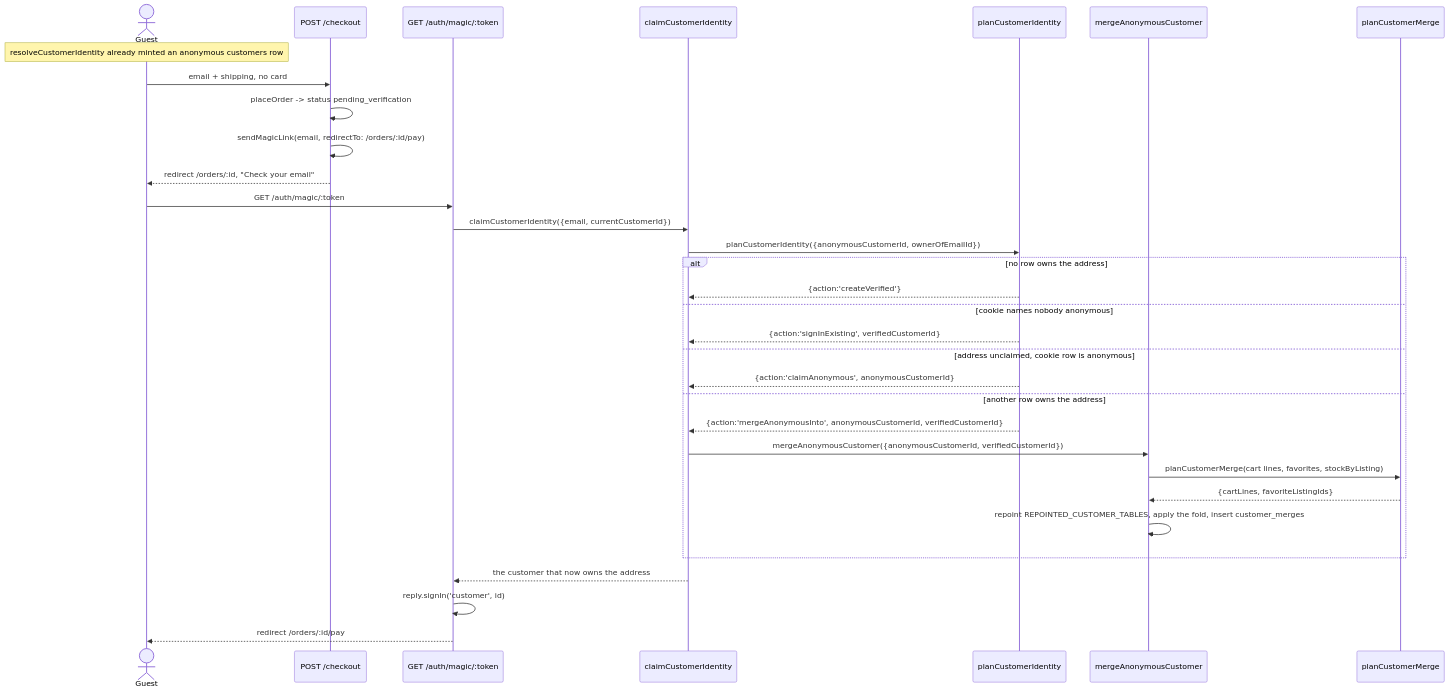
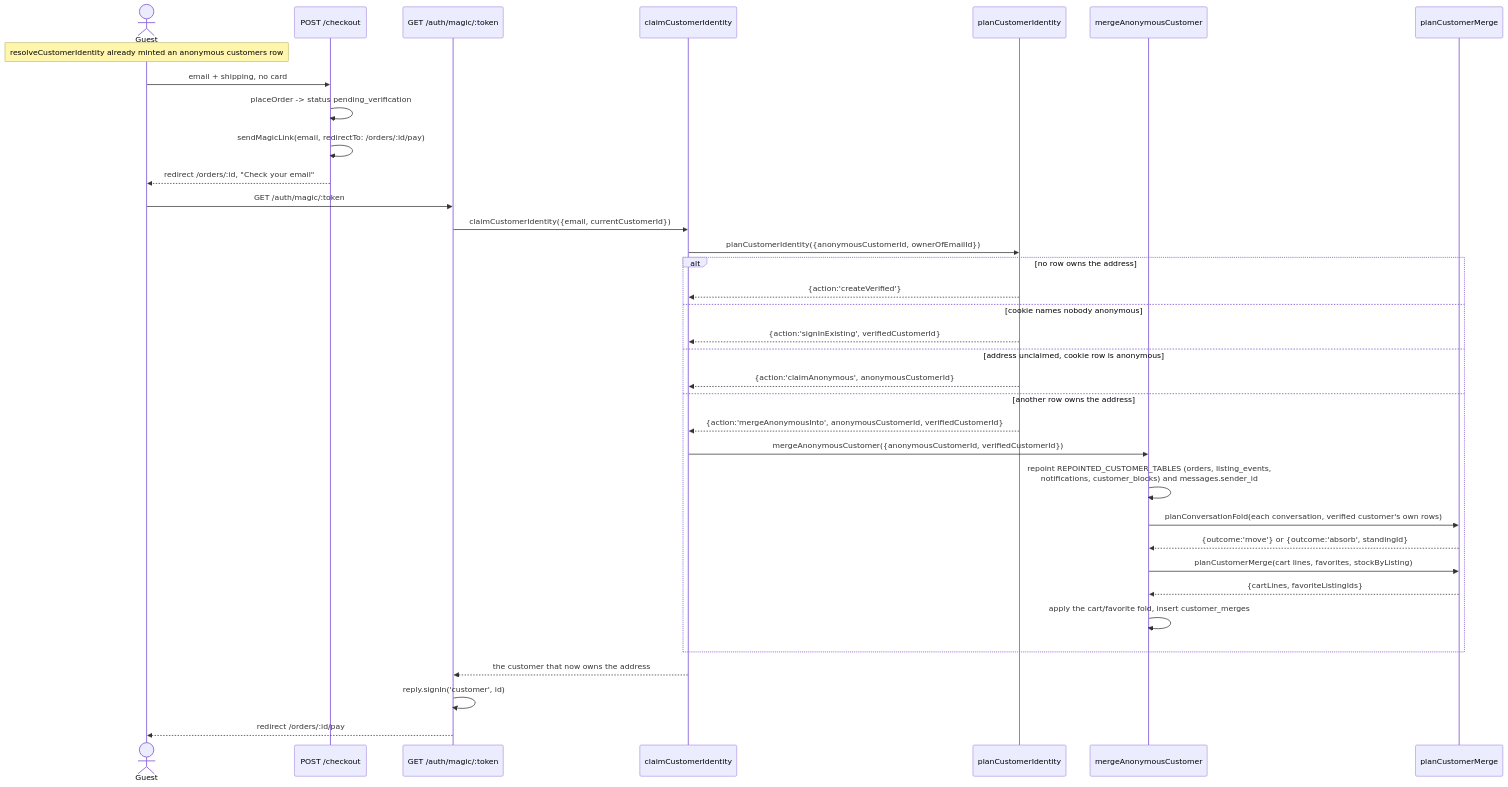
One commit to jonathan-beebe/art-store changed the second of 3 diagrams in prototype/node/docs/identity.md. Above: the diagram before and after it, drawn with Mermaid. The commit also changed other lines of this file and 429 other files, not shown here.

````diff
--- a/prototype/node/docs/identity.md
+++ b/prototype/node/docs/identity.md
@@ -92,36 +101,39 @@
 ```mermaid
 sequenceDiagram
     actor Guest
     participant Checkout as POST /checkout
     participant Auth as GET /auth/magic/:token
     participant Claim as claimCustomerIdentity
     participant Plan as planCustomerIdentity
     participant Merge as mergeAnonymousCustomer
     participant Fold as planCustomerMerge
 
     Note over Guest: resolveCustomerIdentity already minted an anonymous customers row
     Guest->>Checkout: email + shipping, no card
     Checkout->>Checkout: placeOrder -> status pending_verification
     Checkout->>Checkout: sendMagicLink(email, redirectTo: /orders/:id/pay)
     Checkout-->>Guest: redirect /orders/:id, "Check your email"
 
     Guest->>Auth: GET /auth/magic/:token
     Auth->>Claim: claimCustomerIdentity({email, currentCustomerId})
     Claim->>Plan: planCustomerIdentity({anonymousCustomerId, ownerOfEmailId})
     alt no row owns the address
         Plan-->>Claim: {action:'createVerified'}
     else cookie names nobody anonymous
         Plan-->>Claim: {action:'signInExisting', verifiedCustomerId}
     else address unclaimed, cookie row is anonymous
         Plan-->>Claim: {action:'claimAnonymous', anonymousCustomerId}
     else another row owns the address
         Plan-->>Claim: {action:'mergeAnonymousInto', anonymousCustomerId, verifiedCustomerId}
         Claim->>Merge: mergeAnonymousCustomer({anonymousCustomerId, verifiedCustomerId})
+        Merge->>Merge: repoint REPOINTED_CUSTOMER_TABLES (orders, listing_events,<br/>notifications, customer_blocks) and messages.sender_id
+        Merge->>Fold: planConversationFold(each conversation, verified customer's own rows)
+        Fold-->>Merge: {outcome:'move'} or {outcome:'absorb', standingId}
         Merge->>Fold: planCustomerMerge(cart lines, favorites, stockByListing)
         Fold-->>Merge: {cartLines, favoriteListingIds}
-        Merge->>Merge: repoint REPOINTED_CUSTOMER_TABLES, apply the fold, insert customer_merges
+        Merge->>Merge: apply the cart/favorite fold, insert customer_merges
     end
     Claim-->>Auth: the customer that now owns the address
     Auth->>Auth: reply.signIn('customer', id)
     Auth-->>Guest: redirect /orders/:id/pay
 ```
````
